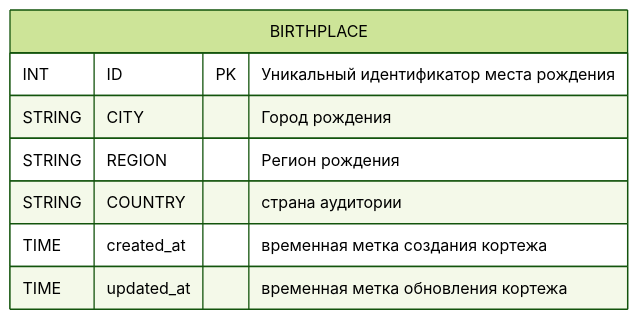
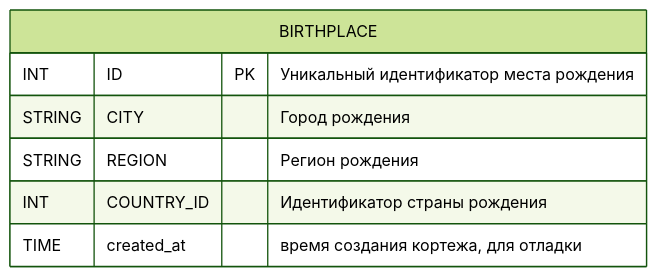
The fifth of 25 diagrams in db/normalized/relations.md (go-park-mail-ru/2024_1_Cyberkotletki), drawn with Mermaid (forest theme) before and after one commit. The commit also changed other lines of this file and 2 other files, not shown here.

````diff
--- a/db/normalized/relations.md
+++ b/db/normalized/relations.md
@@ -86,11 +120,10 @@
 ```mermaid
 erDiagram
     BIRTHPLACE{
         INT ID PK "Уникальный идентификатор места рождения"
         STRING CITY "Город рождения"
         STRING REGION "Регион рождения"
-        STRING COUNTRY "страна аудитории"
-        TIME created_at "временная метка создания кортежа"
-        TIME updated_at "временная метка обновления кортежа"
+        INT COUNTRY_ID "Идентификатор страны рождения"
+        TIME created_at "время создания кортежа, для отладки"
     }
 ```
````
